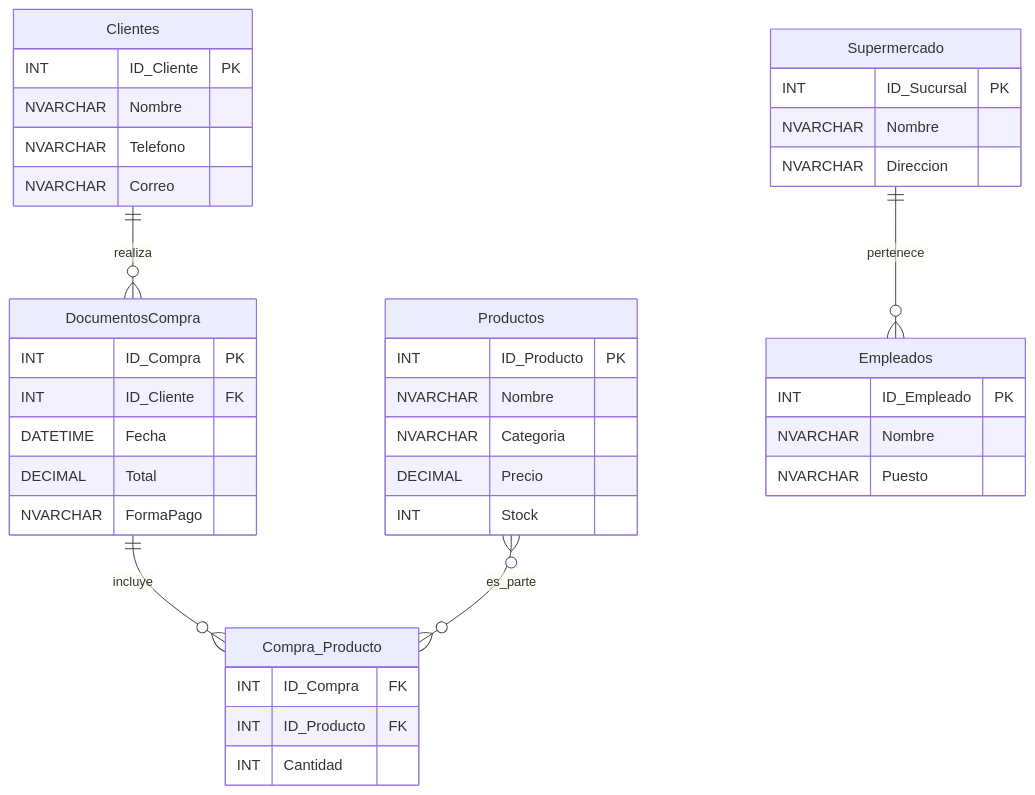
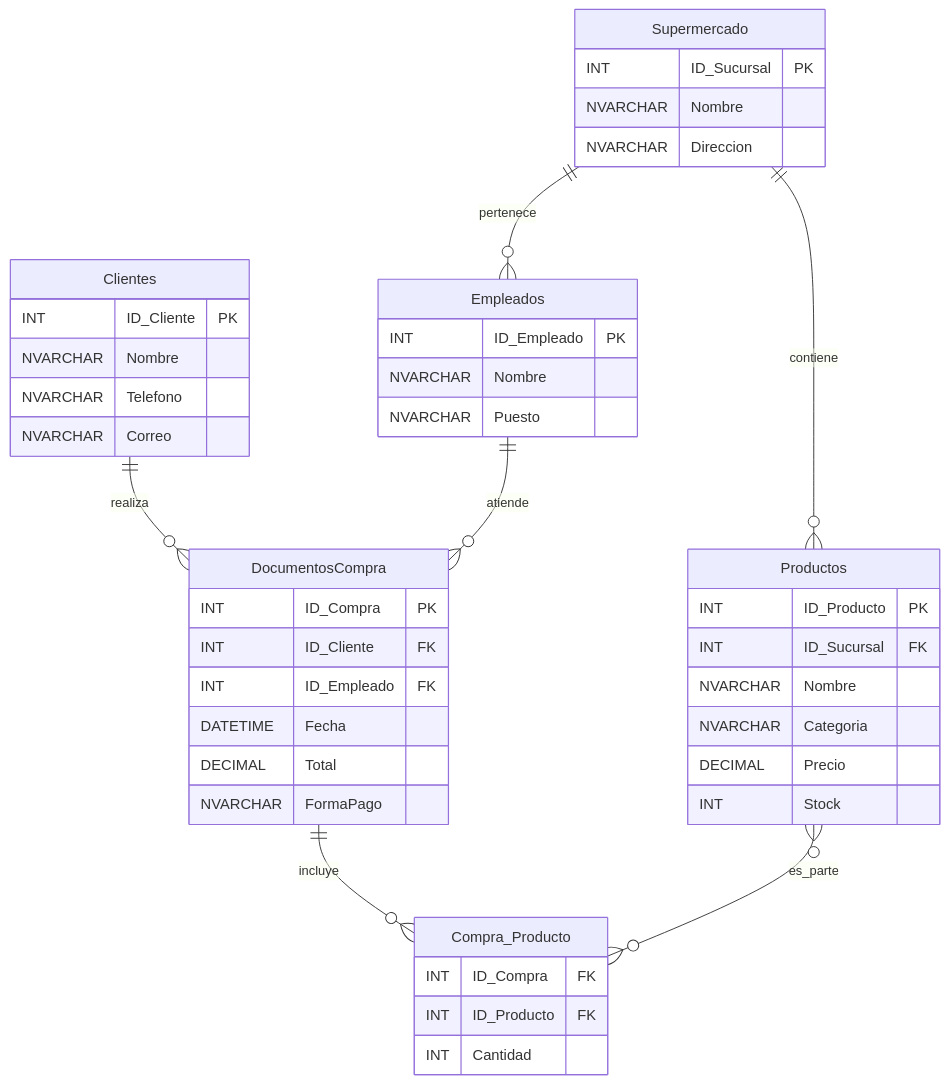
Before and after one commit to ElJoamy/Analisis-de-datos-SQL: the diagram in Tareas/Session1/modelo_conceptual_logico.md, drawn with Mermaid. The commit also changed other lines of this file, not shown here.

Commit message:
update diagrama

```diff
--- a/Tareas/Session1/modelo_conceptual_logico.md
+++ b/Tareas/Session1/modelo_conceptual_logico.md
@@ -107,48 +111,52 @@
 <div class="mermaid">
 erDiagram
     Clientes {
         INT ID_Cliente PK
         NVARCHAR Nombre
         NVARCHAR Telefono
         NVARCHAR Correo
     }
 
     Productos {
         INT ID_Producto PK
+        INT ID_Sucursal FK
         NVARCHAR Nombre
         NVARCHAR Categoria
         DECIMAL Precio
         INT Stock
     }
 
     DocumentosCompra {
         INT ID_Compra PK
         INT ID_Cliente FK
+        INT ID_Empleado FK
         DATETIME Fecha
         DECIMAL Total
         NVARCHAR FormaPago
     }
 
     Compra_Producto {
         INT ID_Compra FK
         INT ID_Producto FK
         INT Cantidad
     }
 
     Supermercado {
         INT ID_Sucursal PK
         NVARCHAR Nombre
         NVARCHAR Direccion
     }
 
     Empleados {
         INT ID_Empleado PK
         NVARCHAR Nombre
         NVARCHAR Puesto
     }
 
     Clientes ||--o{ DocumentosCompra : realiza
     DocumentosCompra ||--o{ Compra_Producto : incluye
     Productos }o--o{ Compra_Producto : es_parte
+    Supermercado ||--o{ Productos : contiene
     Supermercado ||--o{ Empleados : pertenece
+    Empleados ||--o{ DocumentosCompra : atiende
 </div>
```
